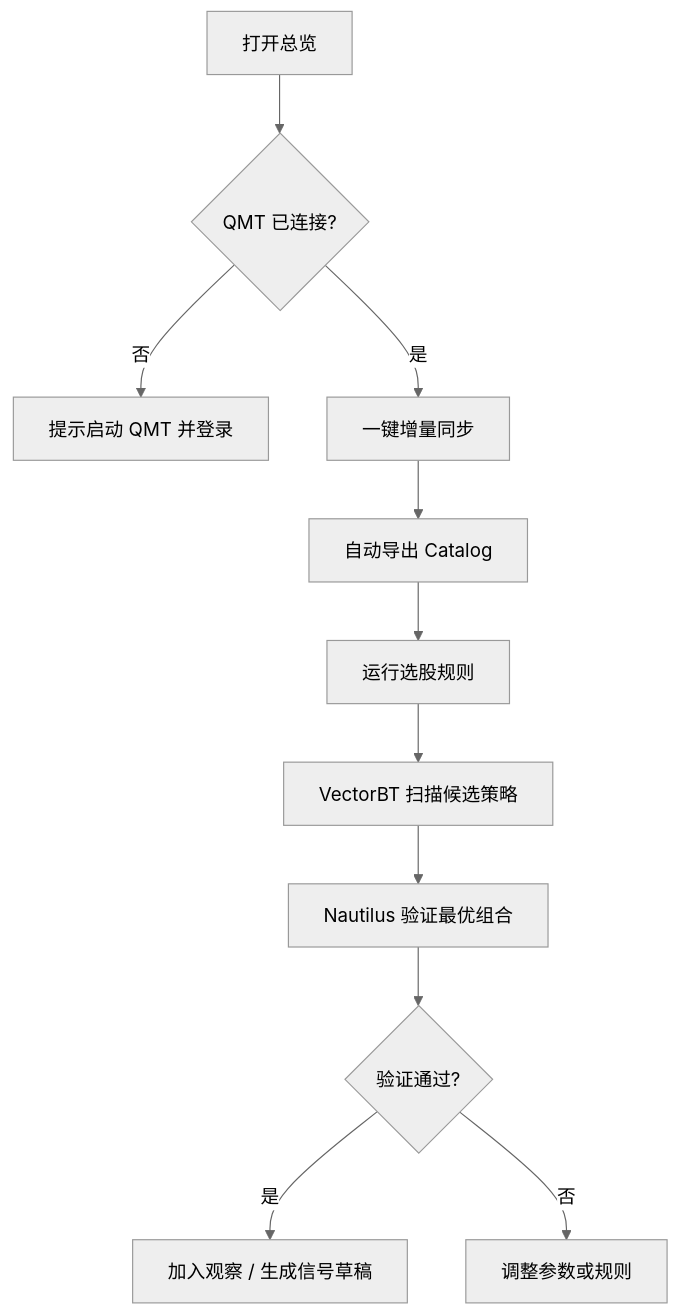
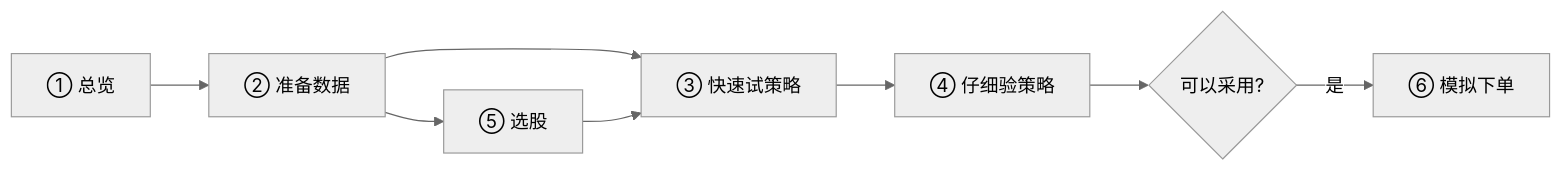
One commit to yelvon/qmt-quant changed the diagram in docs/UI设计稿.md. Above: the diagram before and after it, drawn with Mermaid (neutral theme). The commit also changed other lines of this file and 87 other files, not shown here.

````diff
--- a/docs/UI设计稿.md
+++ b/docs/UI设计稿.md
@@ -226,13 +141,10 @@
 ```mermaid
-flowchart TD
-    A[打开总览] --> B{QMT 已连接?}
-    B -->|否| C[提示启动 QMT 并登录]
-    B -->|是| D[一键增量同步]
-    D --> E[自动导出 Catalog]
-    E --> F[运行选股规则]
-    F --> G[VectorBT 扫描候选策略]
-    G --> H[Nautilus 验证最优组合]
-    H --> I{验证通过?}
-    I -->|是| J[加入观察 / 生成信号草稿]
-    I -->|否| K[调整参数或规则]
+flowchart LR
+    A[① 总览] --> B[② 准备数据]
+    B --> C[③ 快速试策略]
+    C --> D[④ 仔细验策略]
+    D --> E{可以采用?}
+    E -->|是| F[⑥ 模拟下单]
+    B --> G[⑤ 选股]
+    G --> C
 ```
````
